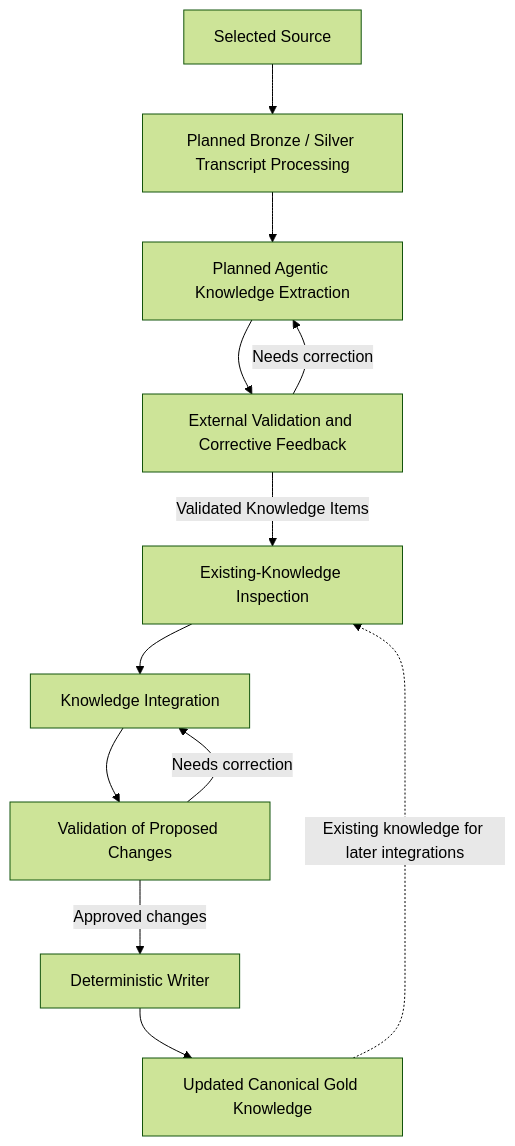
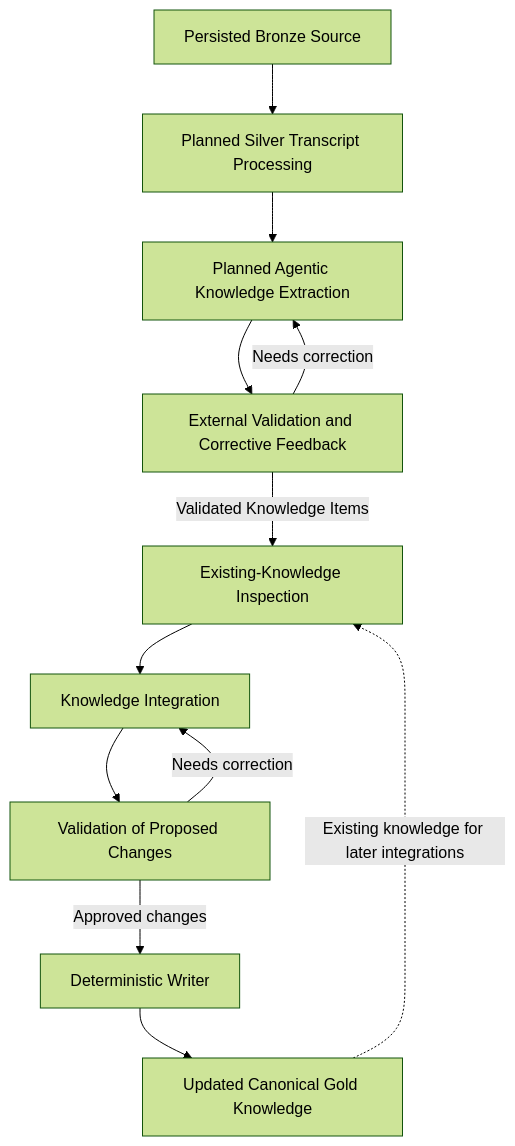
The second of 4 diagrams in docs/architecture.md (NeuralBlau/league-knowledge-platform), drawn with Mermaid (forest theme) before and after one commit. The commit also changed other lines of this file and 10 other files, not shown here.

Commit message:
Persist selected transcripts and provenance to immutable Bronze

````diff
--- a/docs/architecture.md
+++ b/docs/architecture.md
@@ -61,14 +62,14 @@
 ```mermaid
 flowchart TD
-    S["Selected Source"] --> B["Planned Bronze / Silver Transcript Processing"]
+    S["Persisted Bronze Source"] --> B["Planned Silver Transcript Processing"]
     B --> E["Planned Agentic Knowledge Extraction"]
     E --> V["External Validation and Corrective Feedback"]
     V -- "Needs correction" --> E
     V -- "Validated Knowledge Items" --> K["Existing-Knowledge Inspection"]
     K --> I["Knowledge Integration"]
     I --> A["Validation of Proposed Changes"]
     A -- "Needs correction" --> I
     A -- "Approved changes" --> W["Deterministic Writer"]
     W --> G["Updated Canonical Gold Knowledge"]
     G -. "Existing knowledge for later integrations" .-> K
 ```
````
